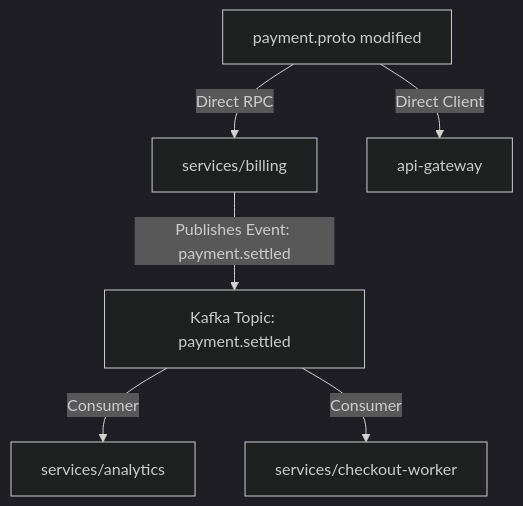
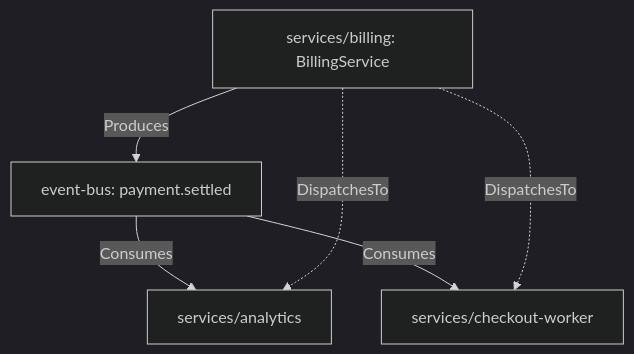
The second of 2 diagrams in .agents/skills/mesh-graph-reconciliation/DEEPENING.md (VictorAgahi/causalmesh), drawn with Mermaid (dark theme) before and after one commit. The commit also changed other lines of this file and 29 other files, not shown here.

````diff
--- a/.agents/skills/mesh-graph-reconciliation/DEEPENING.md
+++ b/.agents/skills/mesh-graph-reconciliation/DEEPENING.md
@@ -70,8 +104,8 @@
 ```mermaid
 graph TD
-    Modified[payment.proto modified] -->|Direct RPC| Billing[services/billing]
-    Modified -->|Direct Client| Gateway[api-gateway]
-    Billing -->|Publishes Event: payment.settled| Topic[Kafka Topic: payment.settled]
-    Topic -->|Consumer| Analytics[services/analytics]
-    Topic -->|Consumer| Worker[services/checkout-worker]
+    Producer[services/billing: BillingService] -->|Produces| Topic[event-bus: payment.settled]
+    Topic -->|Consumes| Analytics[services/analytics]
+    Topic -->|Consumes| Worker[services/checkout-worker]
+    Producer -.->|DispatchesTo| Analytics
+    Producer -.->|DispatchesTo| Worker
 ```
````
